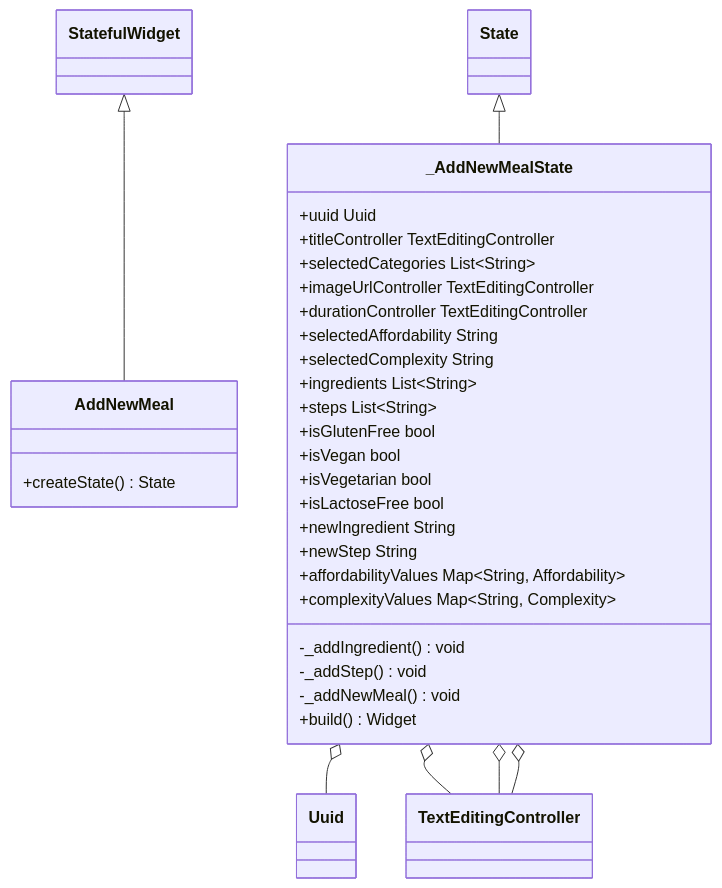
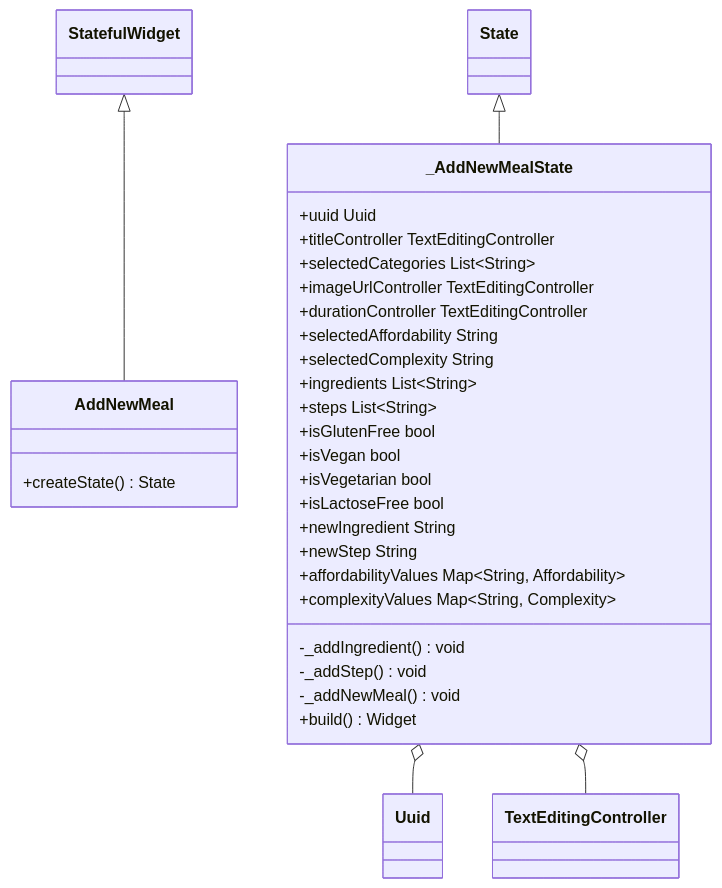
One commit to Dardnos/MealsApp changed the third of 4 diagrams in README.md. Above: the diagram before and after it, drawn with Mermaid.

Commit message:
Updated Class Diagram

````diff
--- a/README.md
+++ b/README.md
@@ -246,34 +246,32 @@
 ```mermaid
 classDiagram
 class AddNewMeal
 AddNewMeal : +createState() State<AddNewMeal>
 StatefulWidget <|-- AddNewMeal
 
 class _AddNewMealState
 _AddNewMealState : +uuid Uuid
 _AddNewMealState o-- Uuid
 _AddNewMealState : +titleController TextEditingController
 _AddNewMealState o-- TextEditingController
 _AddNewMealState : +selectedCategories List~String~
 _AddNewMealState : +imageUrlController TextEditingController
-_AddNewMealState o-- TextEditingController
 _AddNewMealState : +durationController TextEditingController
-_AddNewMealState o-- TextEditingController
 _AddNewMealState : +selectedAffordability String
 _AddNewMealState : +selectedComplexity String
 _AddNewMealState : +ingredients List~String~
 _AddNewMealState : +steps List~String~
 _AddNewMealState : +isGlutenFree bool
 _AddNewMealState : +isVegan bool
 _AddNewMealState : +isVegetarian bool
 _AddNewMealState : +isLactoseFree bool
 _AddNewMealState : +newIngredient String
 _AddNewMealState : +newStep String
 _AddNewMealState : +affordabilityValues Map~String, Affordability~
 _AddNewMealState : +complexityValues Map~String, Complexity~
 _AddNewMealState : -_addIngredient() void
 _AddNewMealState : -_addStep() void
 _AddNewMealState : -_addNewMeal() void
 _AddNewMealState : +build() Widget
 State <|-- _AddNewMealState
 ```
````
